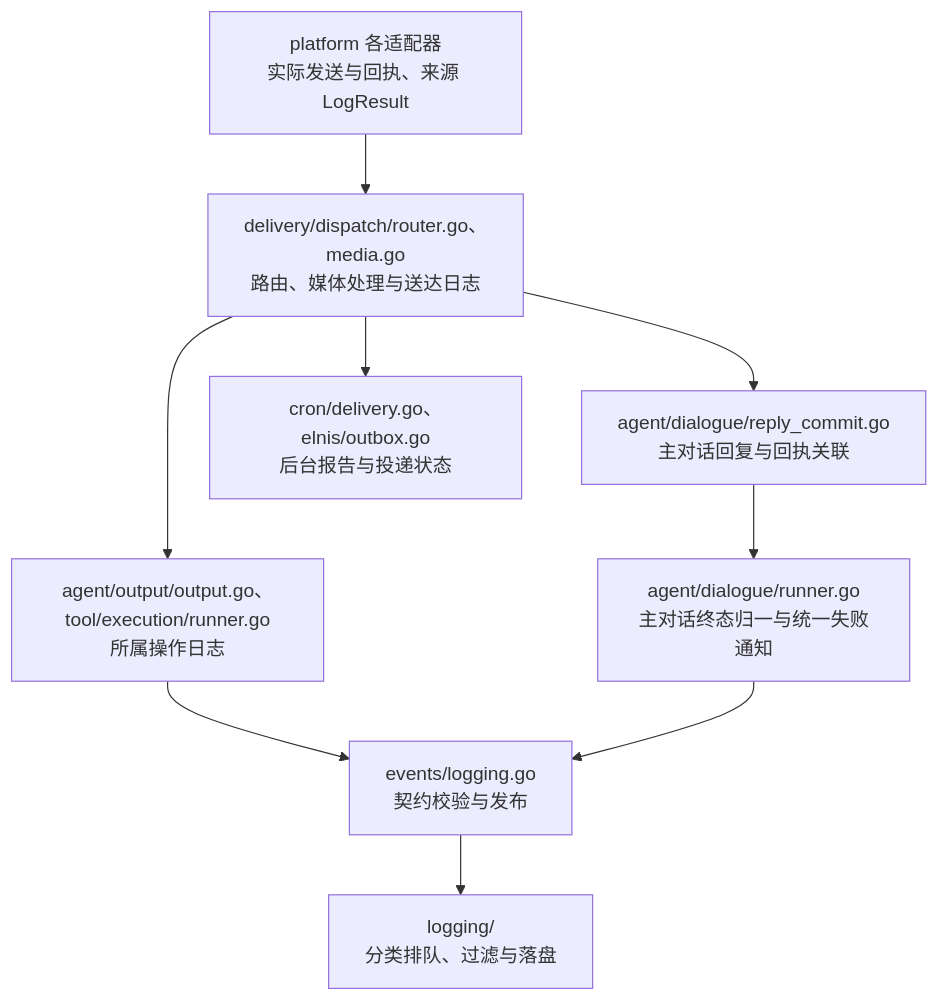
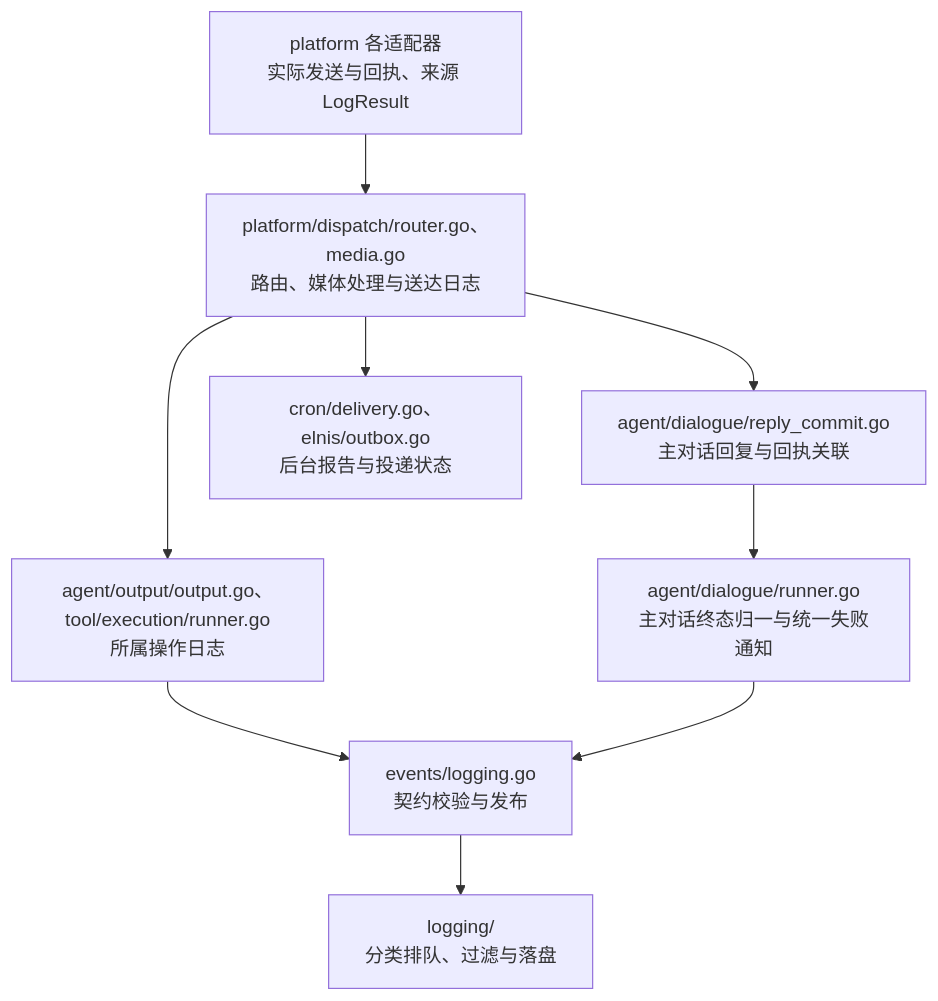
One commit to Elflare/elbot changed diagram 14 of 16 in devdocs/architecture.md. Above: the diagram before and after it, drawn with Mermaid. The commit also changed other lines of this file and 109 other files, not shown here.

````diff
--- a/devdocs/architecture.md
+++ b/devdocs/architecture.md
@@ -503,11 +503,11 @@
 ```mermaid
 flowchart TD
-    P["platform 各适配器<br/>实际发送与回执、来源 LogResult"] --> R["delivery/dispatch/router.go、media.go<br/>路由、媒体处理与送达日志"]
+    P["platform 各适配器<br/>实际发送与回执、来源 LogResult"] --> R["platform/dispatch/router.go、media.go<br/>路由、媒体处理与送达日志"]
     R --> B["agent/dialogue/reply_commit.go<br/>主对话回复与回执关联"]
     R --> BG["cron/delivery.go、elnis/outbox.go<br/>后台报告与投递状态"]
     B --> T["agent/dialogue/runner.go<br/>主对话终态归一与统一失败通知"]
     R --> O["agent/output/output.go、tool/execution/runner.go<br/>所属操作日志"]
     O --> E["events/logging.go<br/>契约校验与发布"]
     T --> E
     E --> L["logging/<br/>分类排队、过滤与落盘"]
 ```
````
